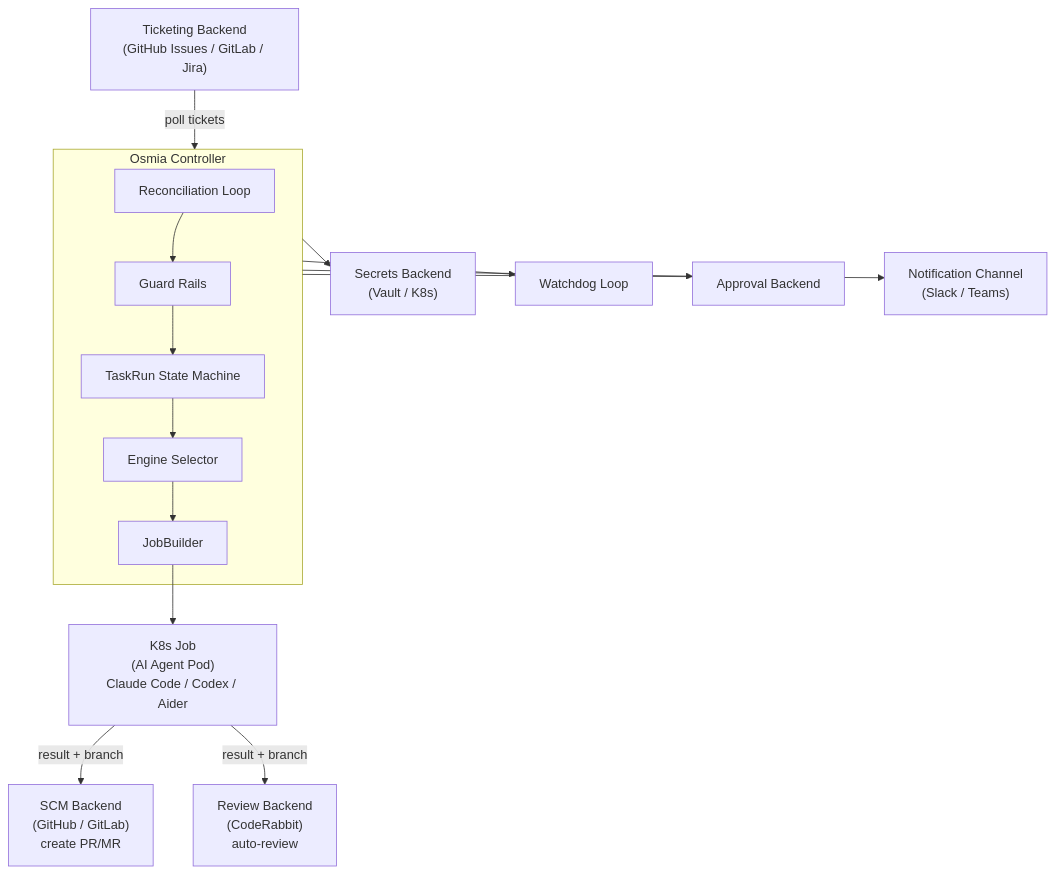
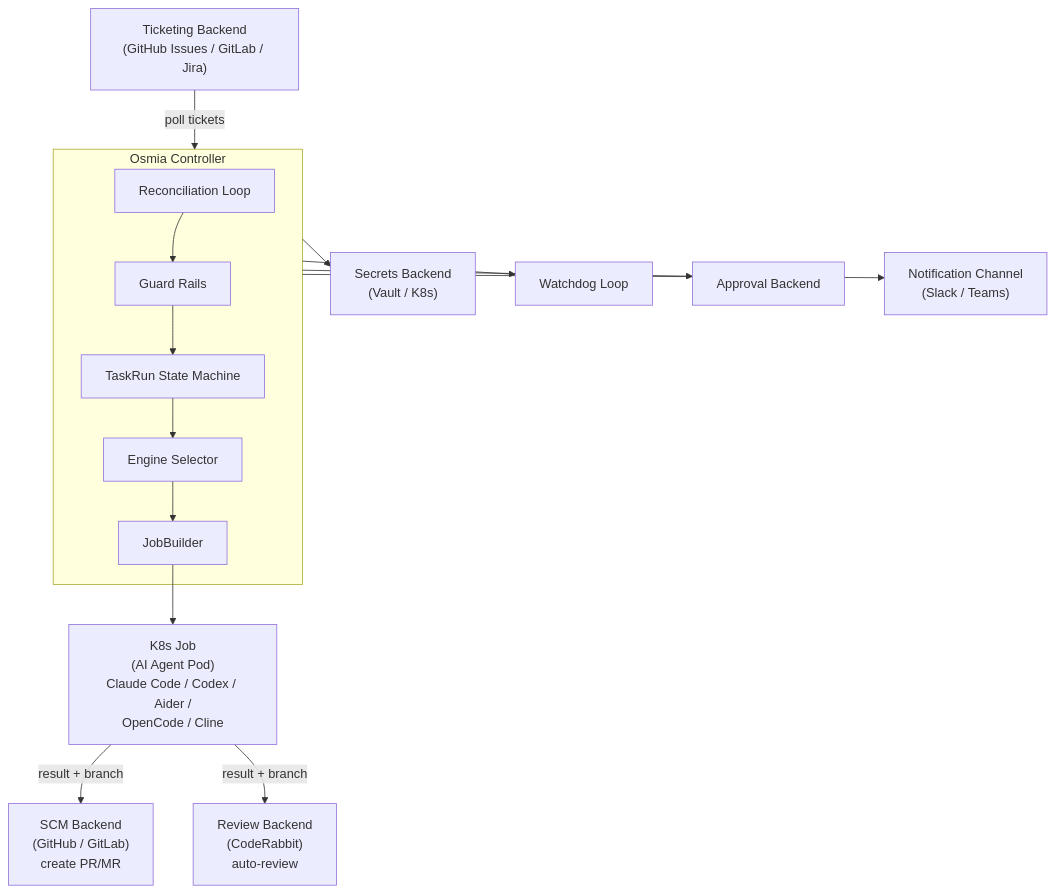
One commit to unitaryai/osmia changed the first of 4 diagrams in docs/architecture.md. Above: the diagram before and after it, drawn with Mermaid. The commit also changed other lines of this file and 28 other files, not shown here.

````diff
--- a/docs/architecture.md
+++ b/docs/architecture.md
@@ -17,22 +17,22 @@
 ```mermaid
 graph TD
     TB["Ticketing Backend<br/>(GitHub Issues / GitLab / Jira)"] -->|poll tickets| Ctrl
 
     subgraph Ctrl["Osmia Controller"]
         RL["Reconciliation Loop"]
         GR["Guard Rails"]
         TSM["TaskRun State Machine"]
         ES["Engine Selector"]
         JB["JobBuilder"]
         RL --> GR --> TSM --> ES --> JB
     end
 
     Ctrl --> Secrets["Secrets Backend<br/>(Vault / K8s)"]
     Ctrl --> WD["Watchdog Loop"]
     Ctrl --> Approval["Approval Backend"]
     Ctrl --> Notif["Notification Channel<br/>(Slack / Teams)"]
-    JB --> Job["K8s Job<br/>(AI Agent Pod)<br/>Claude Code / Codex / Aider"]
+    JB --> Job["K8s Job<br/>(AI Agent Pod)<br/>Claude Code / Codex / Aider /<br/>OpenCode / Cline"]
 
     Job -->|result + branch| SCM["SCM Backend<br/>(GitHub / GitLab)<br/>create PR/MR"]
     Job -->|result + branch| Review["Review Backend<br/>(CodeRabbit)<br/>auto-review"]
 ```
````
